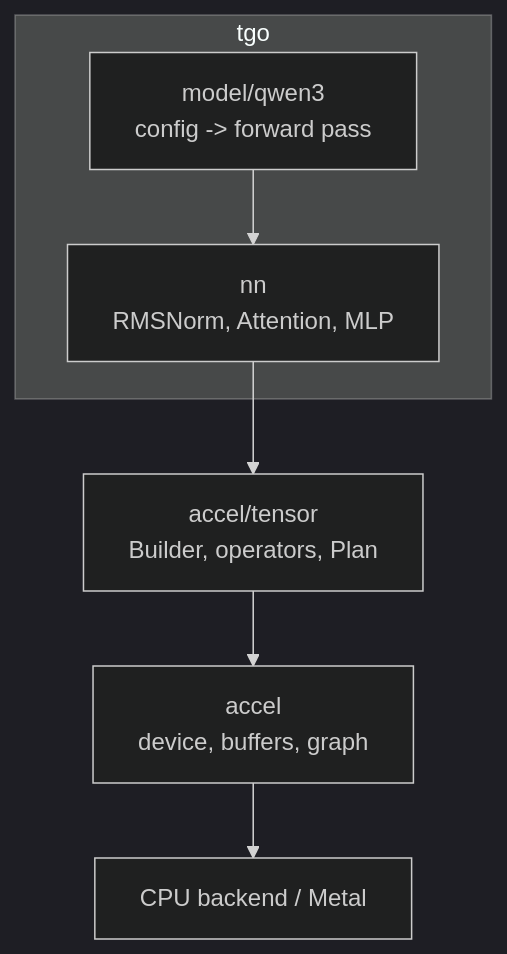
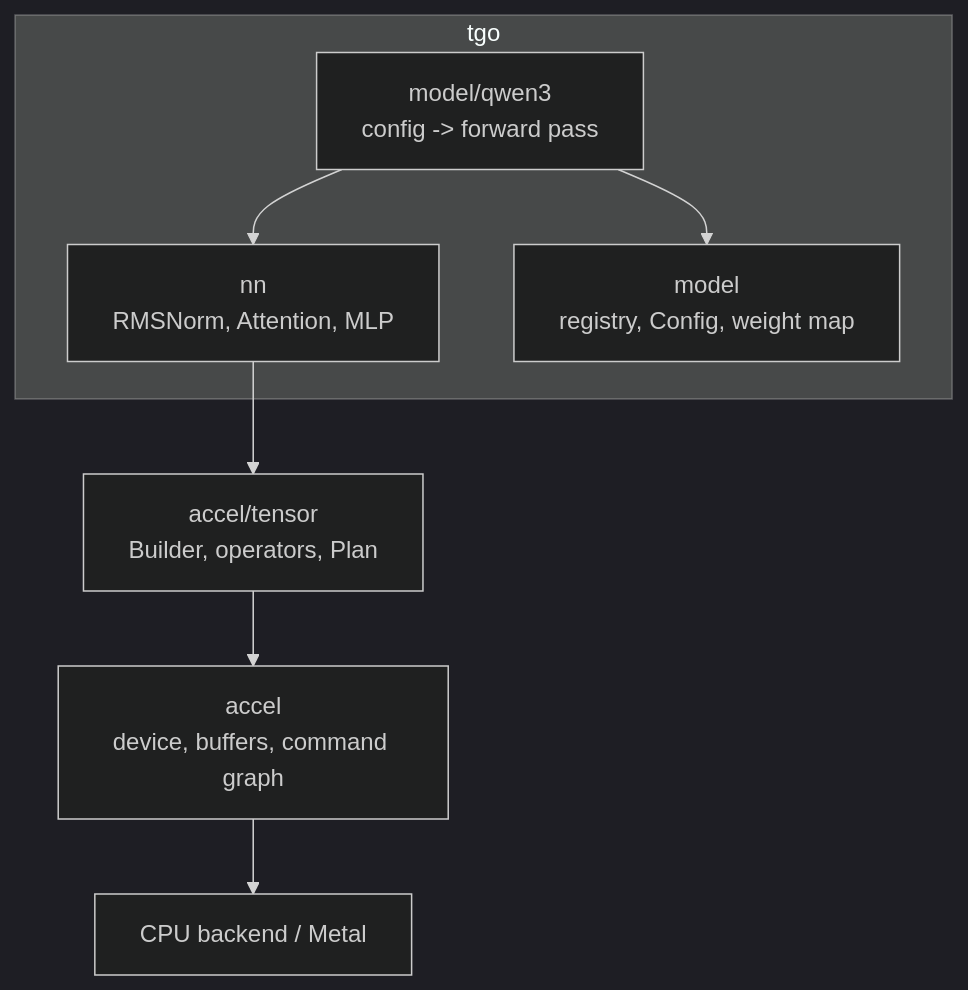
The diagram in specs/004-model-graph.md (latere-ai/tgo), drawn with Mermaid (dark theme) before and after one commit. The commit also changed other lines of this file, not shown here.

First line of the commit message:
specs: give the model graph every shape, the weight map, and the nn surface

````diff
--- a/specs/004-model-graph.md
+++ b/specs/004-model-graph.md
@@ -20,9 +19,10 @@
 ```mermaid
 flowchart TB
   subgraph tgo
     M["model/qwen3<br/>config -> forward pass"] --> N["nn<br/>RMSNorm, Attention, MLP"]
+    M --> R["model<br/>registry, Config, weight map"]
   end
   N --> T["accel/tensor<br/>Builder, operators, Plan"]
-  T --> A["accel<br/>device, buffers, graph"]
+  T --> A["accel<br/>device, buffers, command graph"]
   A --> D["CPU backend / Metal"]
 ```
````
